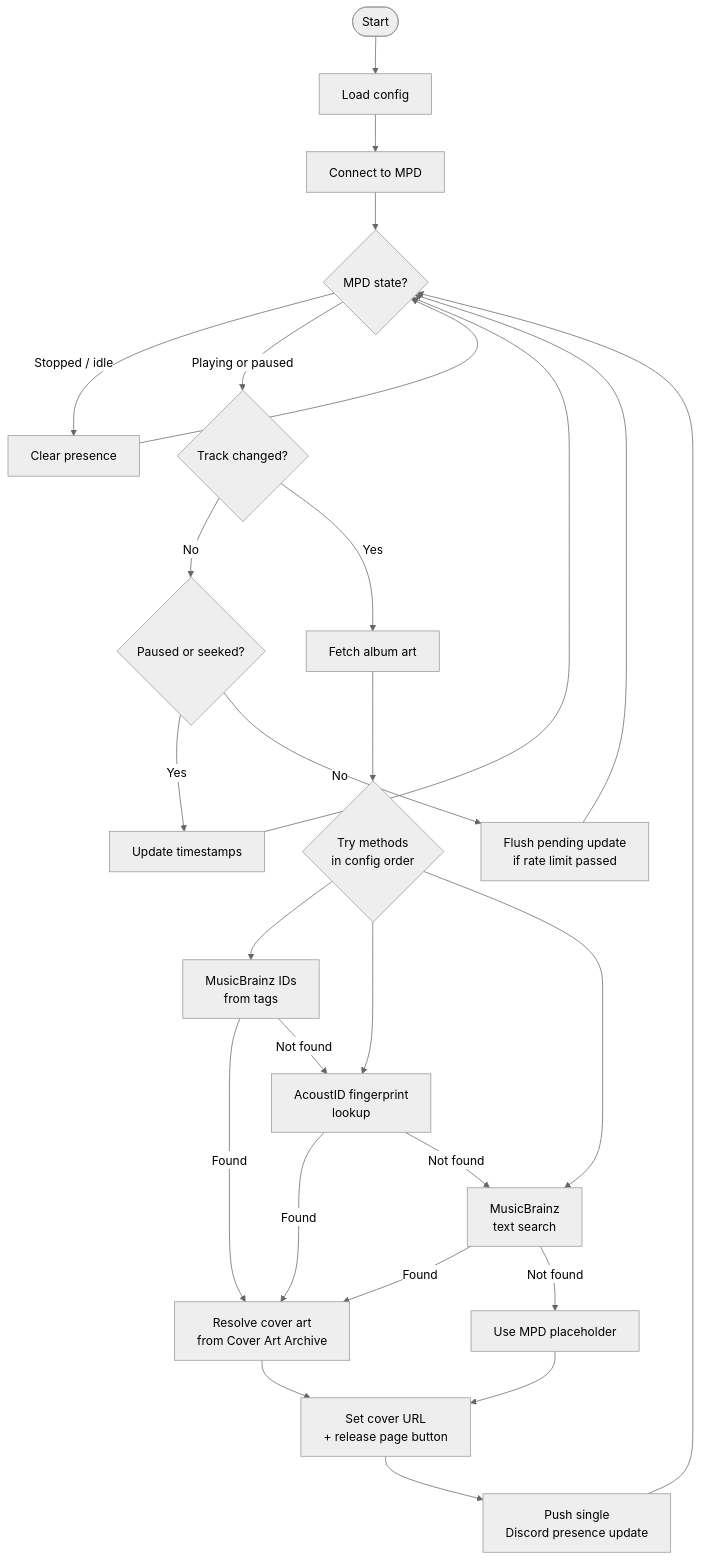
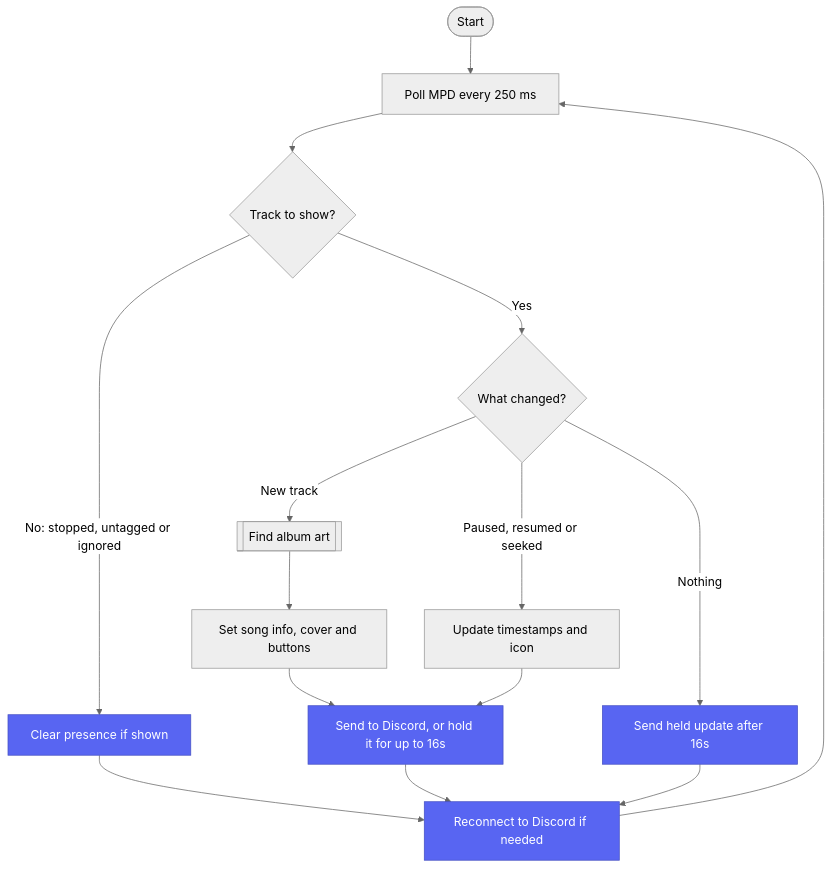
The first of 2 diagrams in README.md (jayng9663/MPD-Presence), drawn with Mermaid (neutral theme) before and after one commit. The commit also changed other lines of this file, not shown here.

Commit message:
docs: redraw How It Works flowchart to match code and render on GitHub

````diff
--- a/README.md
+++ b/README.md
@@ -27,37 +27,23 @@
 ```mermaid
 flowchart TD
-    A([Start]) --> B[Load config]
-    B --> C[Connect to MPD]
-    C --> D{MPD state?}
+    start([Start]) --> poll[Poll MPD every 250 ms]
+    poll --> show{Track to show?}
 
-    D -->|Stopped / idle| E[Clear presence]
-    E --> D
+    show -->|No: stopped, untagged or ignored| clear[Clear presence if shown]
 
-    D -->|Playing or paused| F{Track changed?}
+    show -->|Yes| change{What changed?}
+    change -->|New track| art[[Find album art]]
+    art --> build[Set song info, cover and buttons]
+    build --> push[Send to Discord, or hold it for up to 16s]
+    change -->|Paused, resumed or seeked| ts[Update timestamps and icon]
+    ts --> push
+    change -->|Nothing| flush[Send held update after 16s]
 
-    F -->|No| G{Paused or seeked?}
-    G -->|Yes| H[Update timestamps]
-    G -->|No| I[Flush pending update\nif rate limit passed]
-    H --> D
-    I --> D
+    clear --> reconnect[Reconnect to Discord if needed]
+    push --> reconnect
+    flush --> reconnect
+    reconnect --> poll
 
-    F -->|Yes| J[Fetch album art]
-
-    J --> K{Try methods\nin config order}
-    K --> T[MusicBrainz IDs\nfrom tags]
-    K --> L[AcoustID fingerprint\nlookup]
-    K --> M[MusicBrainz\ntext search]
-
-    T -->|Found| N[Resolve cover art\nfrom Cover Art Archive]
-    L -->|Found| N
-    M -->|Found| N
-    T -->|Not found| L
-    L -->|Not found| M
-    M -->|Not found| O[Use MPD placeholder]
-
-    N --> P[Set cover URL\n+ release page button]
-    O --> P
-
-    P --> Q[Push single\nDiscord presence update]
-    Q --> D
+    classDef discord fill:#5865F2,stroke:#4752C4,color:#fff
+    class clear,push,flush,reconnect discord
 ```
````
